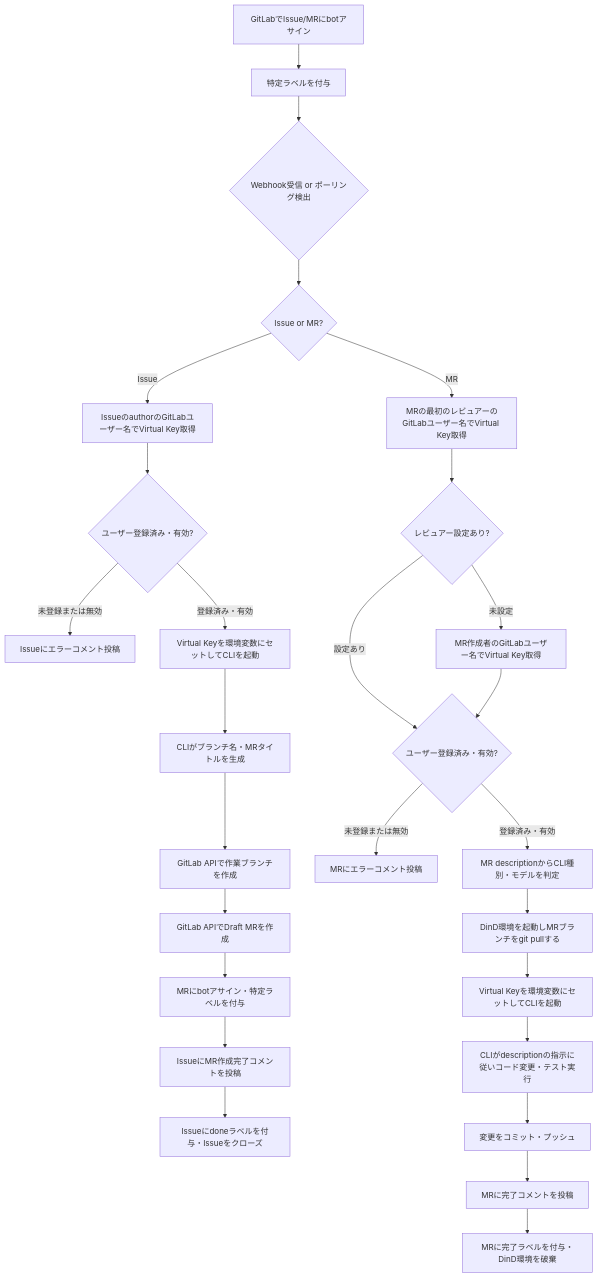
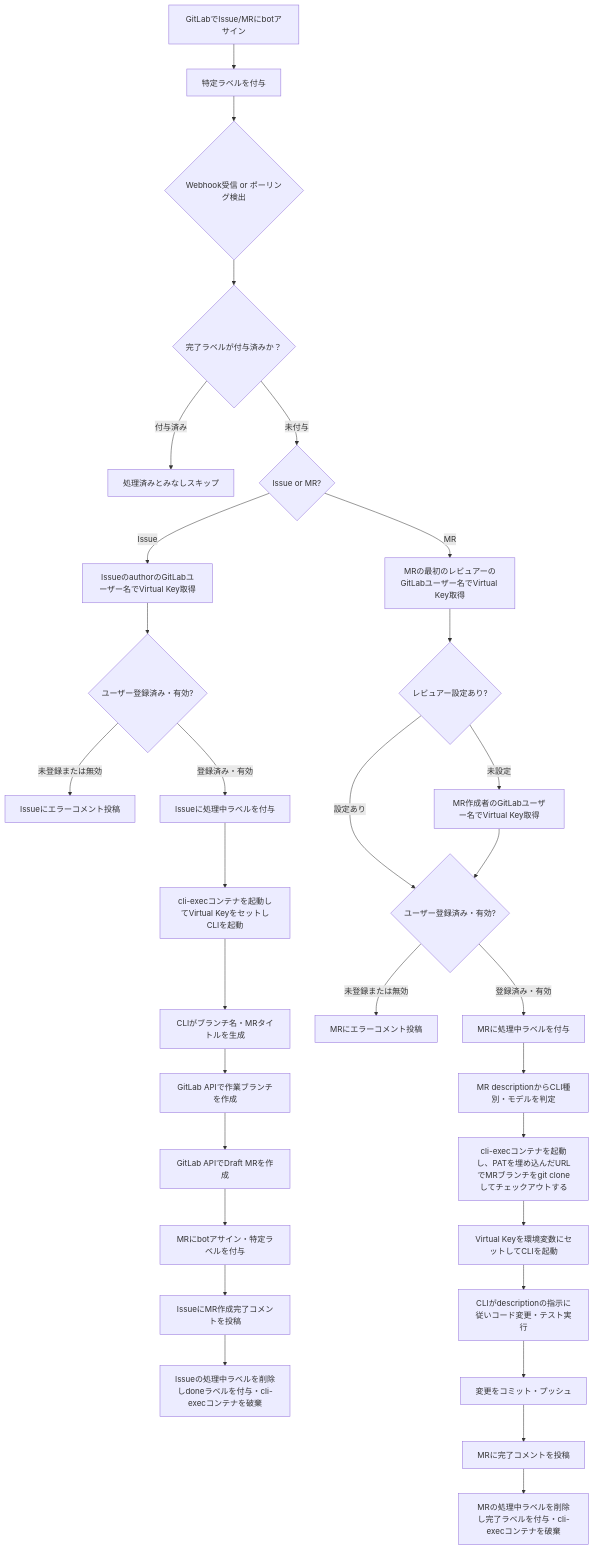
One commit to notfolder/CodingAgentAutomata changed the first of 5 diagrams in docs/requirements.md. Above: the diagram before and after it, drawn with Mermaid. The commit also changed other lines of this file, not shown here.

````diff
--- a/docs/requirements.md
+++ b/docs/requirements.md
@@ -54,31 +67,35 @@
 ```mermaid
 flowchart TD
     A[GitLabでIssue/MRにbotアサイン] --> B[特定ラベルを付与]
     B --> C{Webhook受信 or ポーリング検出}
-    C --> D{Issue or MR?}
+    C --> C2{完了ラベルが付与済みか？}
+    C2 -->|付与済み| C3[処理済みとみなしスキップ]
+    C2 -->|未付与| D{Issue or MR?}
 
     D -->|Issue| E[IssueのauthorのGitLabユーザー名でVirtual Key取得]
     E --> F{ユーザー登録済み・有効?}
     F -->|未登録または無効| G[Issueにエラーコメント投稿]
-    F -->|登録済み・有効| H[Virtual Keyを環境変数にセットしてCLIを起動]
+    F -->|登録済み・有効| H0[Issueに処理中ラベルを付与]
+    H0 --> H[cli-execコンテナを起動してVirtual KeyをセットしCLIを起動]
     H --> I[CLIがブランチ名・MRタイトルを生成]
     I --> J[GitLab APIで作業ブランチを作成]
     J --> K[GitLab APIでDraft MRを作成]
     K --> L[MRにbotアサイン・特定ラベルを付与]
     L --> M[IssueにMR作成完了コメントを投稿]
-    M --> N[Issueにdoneラベルを付与・Issueをクローズ]
+    M --> N[Issueの処理中ラベルを削除しdoneラベルを付与・cli-execコンテナを破棄]
 
     D -->|MR| O[MRの最初のレビュアーのGitLabユーザー名でVirtual Key取得]
     O --> P{レビュアー設定あり?}
     P -->|未設定| Q[MR作成者のGitLabユーザー名でVirtual Key取得]
     P -->|設定あり| R{ユーザー登録済み・有効?}
     Q --> R
     R -->|未登録または無効| S[MRにエラーコメント投稿]
-    R -->|登録済み・有効| T[MR descriptionからCLI種別・モデルを判定]
-    T --> U[DinD環境を起動しMRブランチをgit pullする]
+    R -->|登録済み・有効| T0[MRに処理中ラベルを付与]
+    T0 --> T[MR descriptionからCLI種別・モデルを判定]
+    T --> U[cli-execコンテナを起動し、PATを埋め込んだURLでMRブランチをgit cloneしてチェックアウトする]
     U --> V[Virtual Keyを環境変数にセットしてCLIを起動]
     V --> W[CLIがdescriptionの指示に従いコード変更・テスト実行]
     W --> X[変更をコミット・プッシュ]
     X --> Y[MRに完了コメントを投稿]
-    Y --> Z[MRに完了ラベルを付与・DinD環境を破棄]
+    Y --> Z[MRの処理中ラベルを削除し完了ラベルを付与・cli-execコンテナを破棄]
 ```
````
